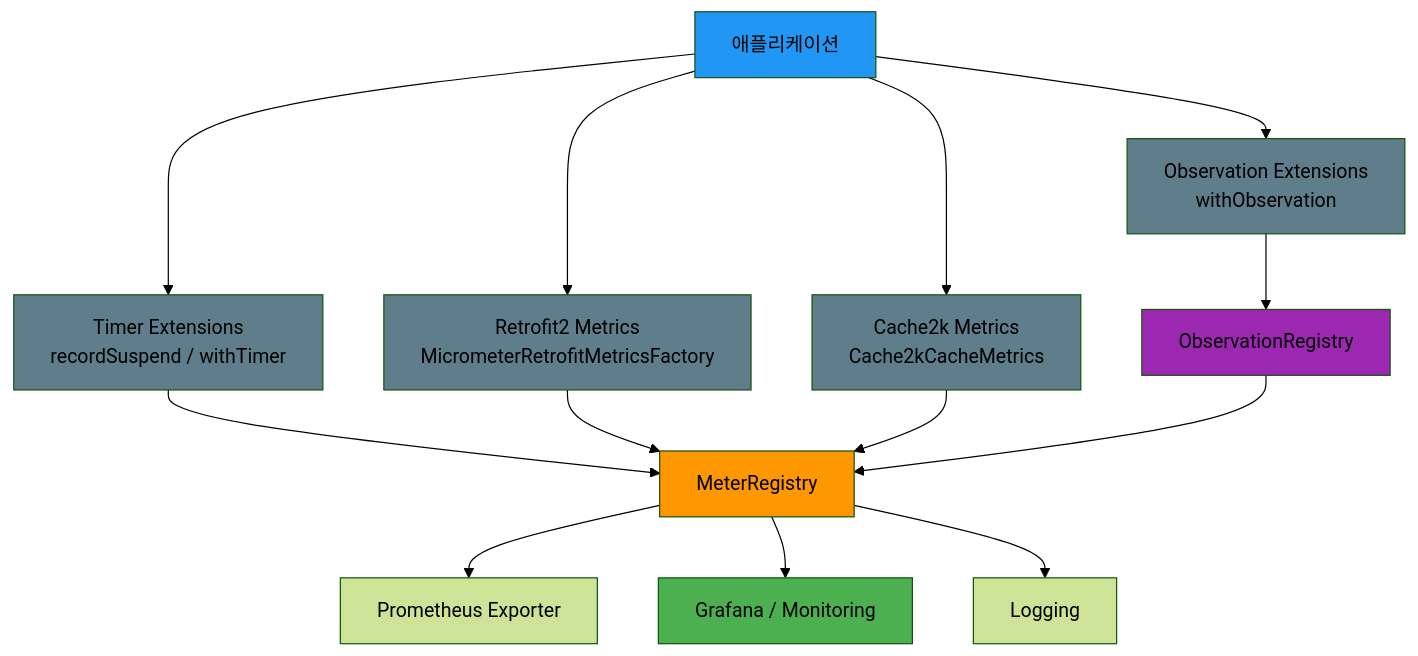
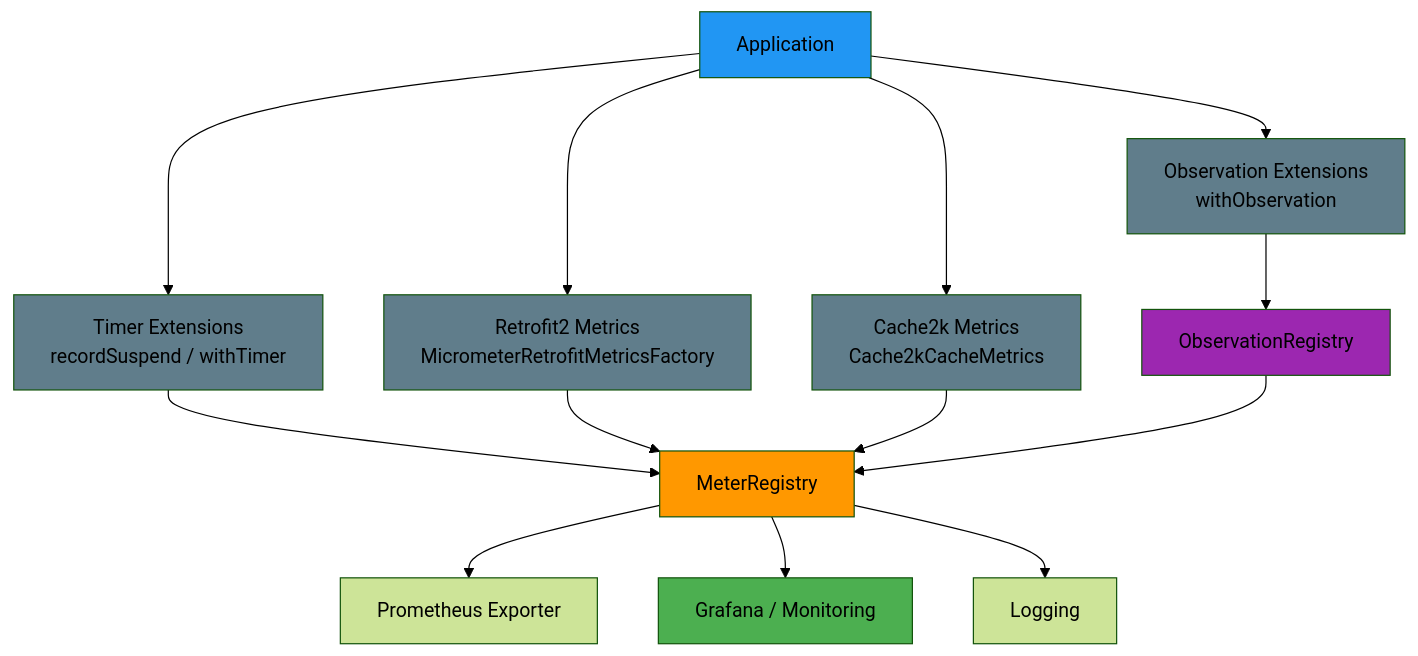
One commit to bluetape4k/bluetape4k-projects changed the second of 4 diagrams in infra/micrometer/README.md. Above: the diagram before and after it, drawn with Mermaid (forest theme). The commit also changed other lines of this file and 265 other files, not shown here.

````diff
--- a/infra/micrometer/README.md
+++ b/infra/micrometer/README.md
@@ -285,27 +287,27 @@
 ```mermaid
 flowchart TD
-    App[애플리케이션] --> TE[Timer Extensions<br/>recordSuspend / withTimer]
+    App[Application] --> TE[Timer Extensions<br/>recordSuspend / withTimer]
     App --> OE[Observation Extensions<br/>withObservation]
     App --> RM[Retrofit2 Metrics<br/>MicrometerRetrofitMetricsFactory]
     App --> CM[Cache2k Metrics<br/>Cache2kCacheMetrics]
 
     TE --> MR[MeterRegistry]
     OE --> OR[ObservationRegistry]
     RM --> MR
     CM --> MR
 
     OR --> MR
 
     MR --> Prometheus[Prometheus Exporter]
     MR --> Grafana[Grafana / Monitoring]
     MR --> Log[Logging]
 
     style App fill:#2196F3
     style MR fill:#FF9800
     style OR fill:#9C27B0
     style Grafana fill:#4CAF50
     style TE fill:#607D8B
     style OE fill:#607D8B
     style RM fill:#607D8B
     style CM fill:#607D8B
 ```
````
